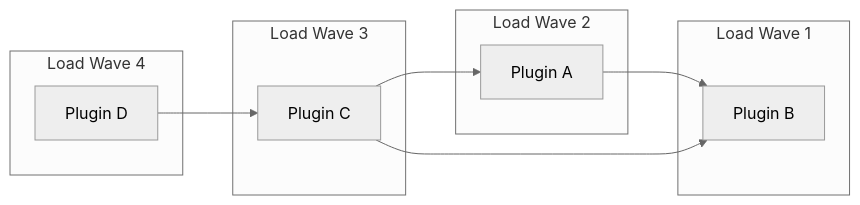
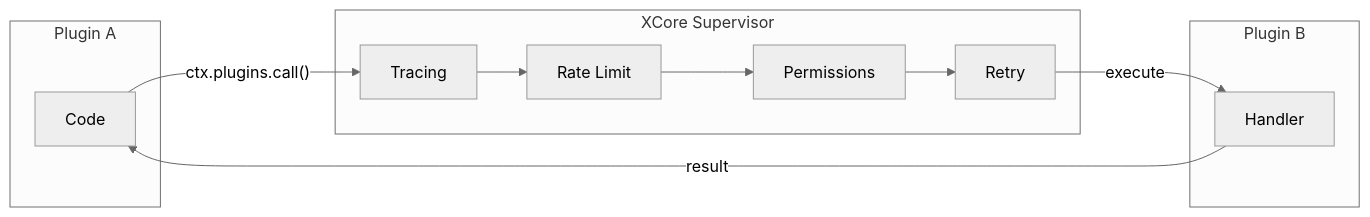
The third of 3 diagrams in doc/architecture/overview.md (traoreera/xcore), drawn with Mermaid (neutral theme) before and after one commit. The commit also changed other lines of this file and 92 other files, not shown here.

````diff
--- a/doc/architecture/overview.md
+++ b/doc/architecture/overview.md
@@ -89,20 +77,20 @@
 ```mermaid
 graph LR
-    P1[Plugin A] --> P2[Plugin B]
-    P3[Plugin C] --> P1
-    P3 --> P2
-    P4[Plugin D] --> P3
+    subgraph Caller["Plugin A"]
+        A[Code]
+    end
 
-    subgraph "Load Wave 1"
-    P2
+    subgraph Kernel["XCore Supervisor"]
+        M1[Tracing] --> M2[Rate Limit]
+        M2 --> M3[Permissions]
+        M3 --> M4[Retry]
     end
-    subgraph "Load Wave 2"
-    P1
+
+    subgraph Target["Plugin B"]
+        B[Handler]
     end
-    subgraph "Load Wave 3"
-    P3
-    end
-    subgraph "Load Wave 4"
-    P4
-    end
+
+    A -- "ctx.plugins.call()" --> M1
+    M4 -- "execute" --> B
+    B -- "result" --> A
 ```
````
